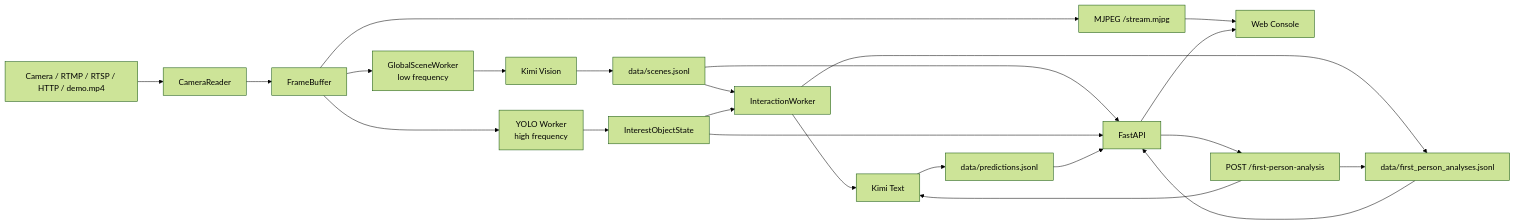
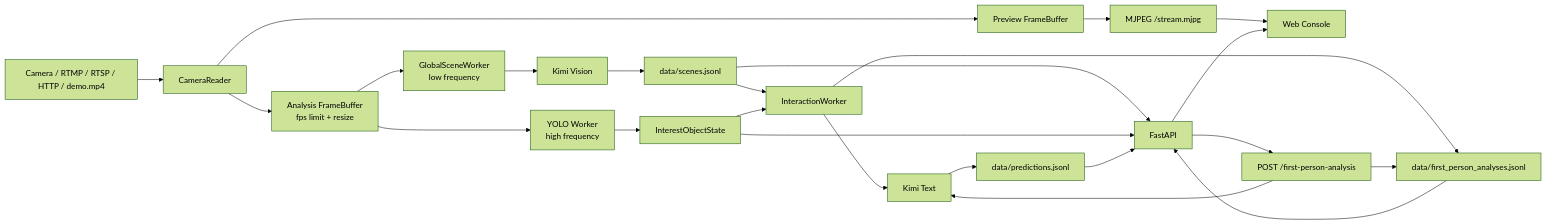
Before and after one commit to Mittif/interaction-predictor-mvp: the diagram in README.md, drawn with Mermaid (forest theme). The commit also changed other lines of this file and 5 other files, not shown here.

Commit message:
Decouple preview and analysis frames

````diff
--- a/README.md
+++ b/README.md
@@ -32,25 +34,26 @@
 ```mermaid
 flowchart LR
   Camera["Camera / RTMP / RTSP / HTTP / demo.mp4"] --> Reader["CameraReader"]
-  Reader --> Buffer["FrameBuffer"]
-  Buffer --> Stream["MJPEG /stream.mjpg"]
+  Reader --> PreviewBuffer["Preview FrameBuffer"]
+  Reader --> AnalysisBuffer["Analysis FrameBuffer<br/>fps limit + resize"]
+  PreviewBuffer --> Stream["MJPEG /stream.mjpg"]
   Stream --> UI["Web Console"]
-  Buffer --> SceneWorker["GlobalSceneWorker<br/>low frequency"]
+  AnalysisBuffer --> SceneWorker["GlobalSceneWorker<br/>low frequency"]
   SceneWorker --> KimiVision["Kimi Vision"]
   KimiVision --> SceneStore["data/scenes.jsonl"]
-  Buffer --> YoloWorker["YOLO Worker<br/>high frequency"]
+  AnalysisBuffer --> YoloWorker["YOLO Worker<br/>high frequency"]
   YoloWorker --> InterestState["InterestObjectState"]
   SceneStore --> InteractionWorker["InteractionWorker"]
   InterestState --> InteractionWorker
   InteractionWorker --> KimiText["Kimi Text"]
   KimiText --> PredictionStore["data/predictions.jsonl"]
   InteractionWorker --> AnalysisStore["data/first_person_analyses.jsonl"]
   API --> OnDemand["POST /first-person-analysis"]
   OnDemand --> KimiText
   OnDemand --> AnalysisStore
   SceneStore --> API["FastAPI"]
   InterestState --> API
   PredictionStore --> API
   AnalysisStore --> API
   API --> UI
 ```
````
